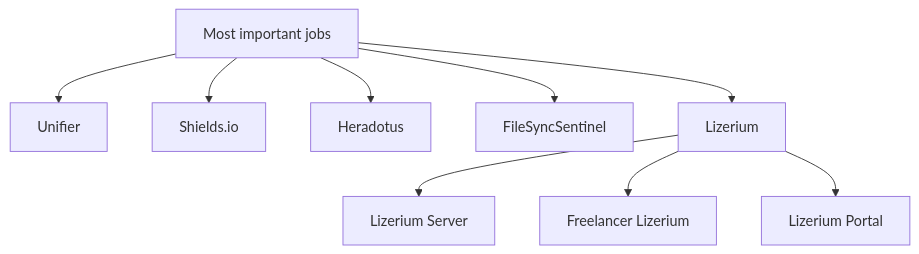
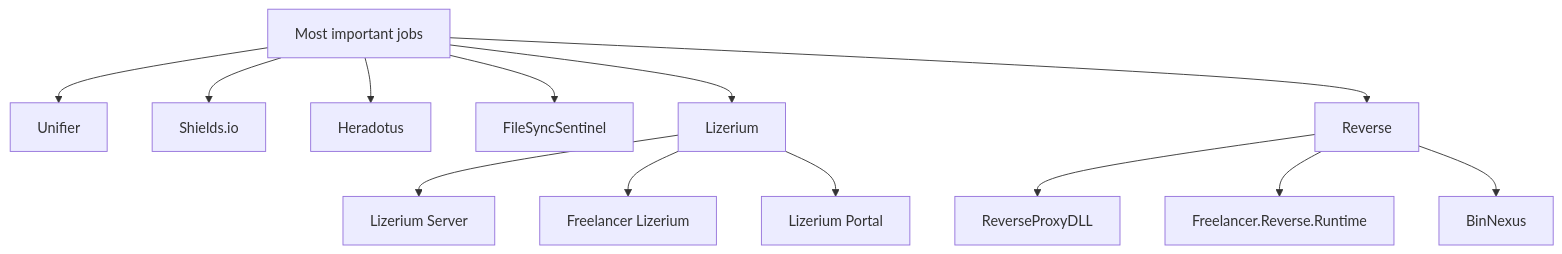
The second of 7 diagrams in README_en.md (Dvurechensky/Dvurechensky), drawn with Mermaid before and after one commit. The commit also changed other lines of this file and 3 other files, not shown here.

````diff
--- a/README_en.md
+++ b/README_en.md
@@ -93,12 +93,16 @@
 ```mermaid
 graph TD
   B[Most important jobs]
   B --> B1[Unifier]
   B --> B2[Shields.io]
   B --> B3[Heradotus]
   B --> B4[FileSyncSentinel]
   B --> E[Lizerium]
   E --> E1[Lizerium Server]
   E --> E2[Freelancer Lizerium]
   E --> E3[Lizerium Portal]
+  B --> G[Reverse]
+  G --> G1[ReverseProxyDLL]
+  G --> G2[Freelancer.Reverse.Runtime]
+  G --> G3[BinNexus]
 ```
````
